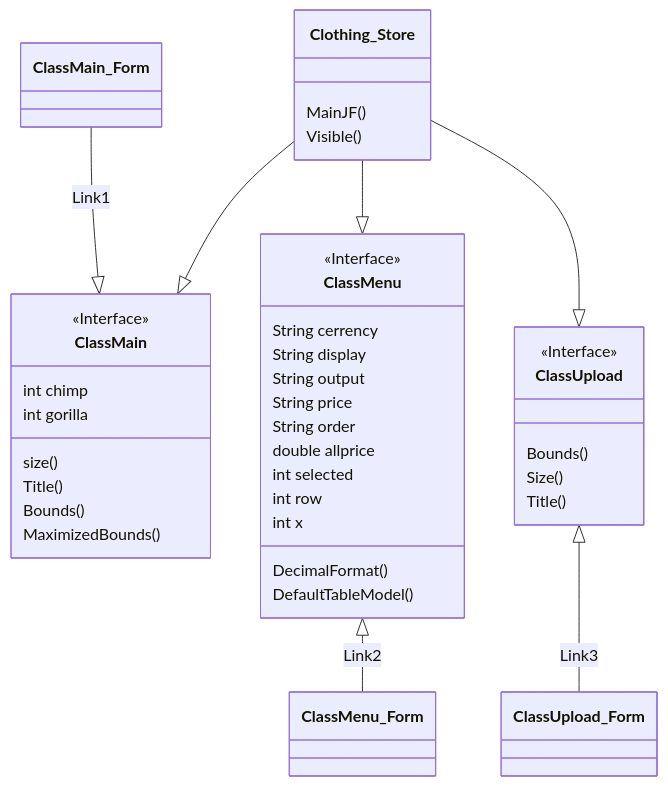
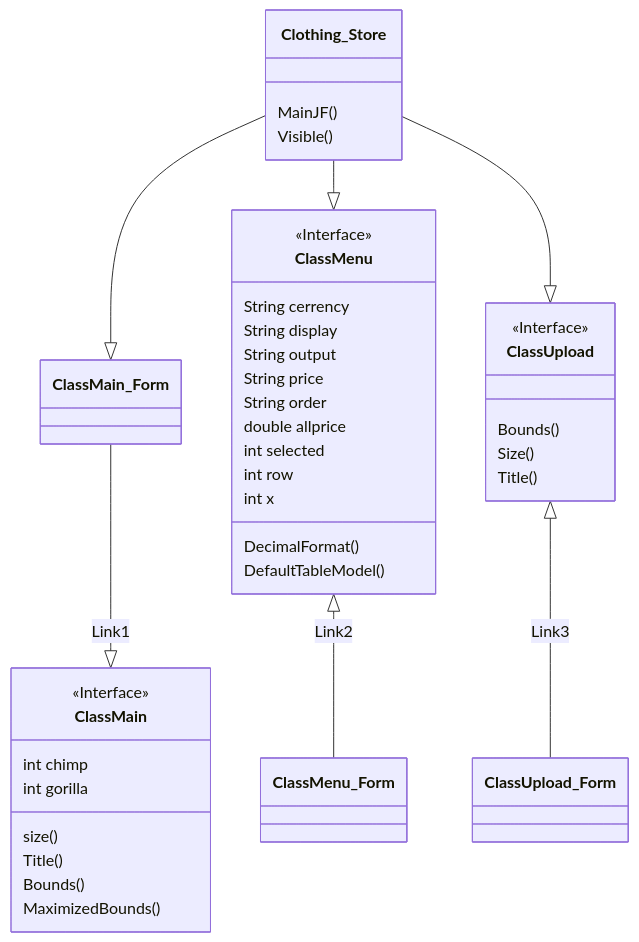
One commit to kawin101/Java_GUI_CRUD_CSV changed the third of 3 diagrams in README.md. Above: the diagram before and after it, drawn with Mermaid.

````diff
--- a/README.md
+++ b/README.md
@@ -33,36 +33,36 @@
 ```mermaid
 classDiagram
 
 ClassMain_Form --|> ClassMain : Link1
 ClassMenu <|-- ClassMenu_Form : Link2
 ClassUpload <|-- ClassUpload_Form : Link3
 <<Interface>> ClassMain
-Clothing_Store --|> ClassMain
+Clothing_Store --|> ClassMain_Form
 Clothing_Store --|> ClassMenu
 Clothing_Store --|> ClassUpload
 Clothing_Store : MainJF()
 Clothing_Store : Visible()
 ClassMain : size()
 ClassMain : Title()
 ClassMain : Bounds()
 ClassMain : MaximizedBounds()
 ClassMain : int chimp
 ClassMain : int gorilla
 <<Interface>> ClassMenu
 ClassMenu : String cerrency
 ClassMenu : String display
 ClassMenu : String output
 ClassMenu : String price
 ClassMenu : String order
 ClassMenu : DecimalFormat()
 ClassMenu : double allprice
 ClassMenu : int selected
 ClassMenu : int row
 ClassMenu : int x
 ClassMenu : DefaultTableModel()
 <<Interface>> ClassUpload
 ClassUpload : Bounds()
 ClassUpload : Size()
 ClassUpload : Title()
 
 ```
````
